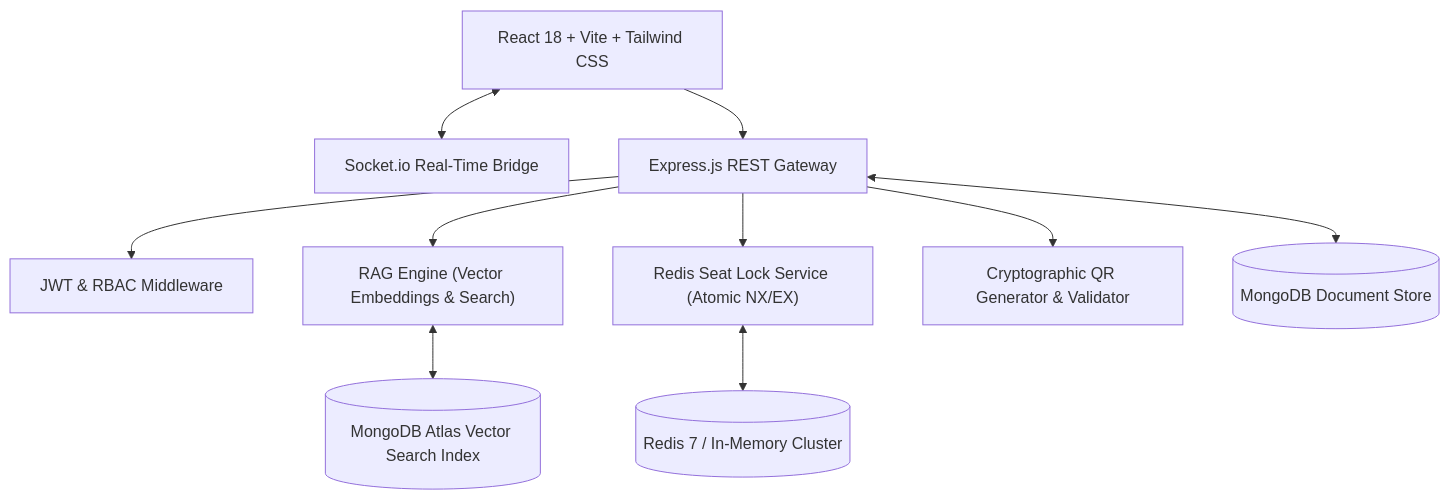
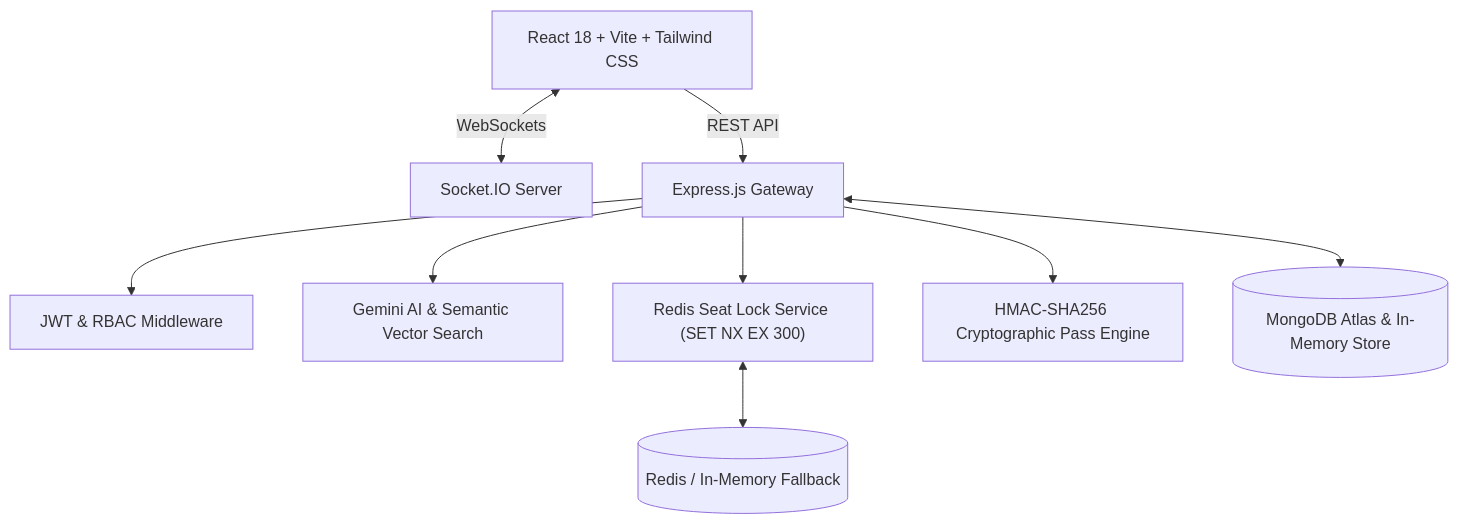
One commit to vishwambhar-kinage/venuro changed the diagram in README.md. Above: the diagram before and after it, drawn with Mermaid. The commit also changed other lines of this file, not shown here.

Commit message:
docs: improve README with system architecture and API documentation

````diff
--- a/README.md
+++ b/README.md
@@ -46,14 +39,13 @@
 ```mermaid
-graph TD
-    Client["React 18 + Vite + Tailwind CSS"] <--> Socket["Socket.io Real-Time Bridge"]
-    Client --> API["Express.js REST Gateway"]
+flowchart TD
+    Client["React 18 + Vite + Tailwind CSS"] <-->|WebSockets| Socket["Socket.IO Server"]
+    Client -->|REST API| API["Express.js Gateway"]
     
     API --> Auth["JWT & RBAC Middleware"]
-    API --> RAG["RAG Engine (Vector Embeddings & Search)"]
-    API --> LockService["Redis Seat Lock Service (Atomic NX/EX)"]
-    API --> QRService["Cryptographic QR Generator & Validator"]
+    API --> RAG["Gemini AI & Semantic Vector Search"]
+    API --> LockService["Redis Seat Lock Service (SET NX EX 300)"]
+    API --> QRService["HMAC-SHA256 Cryptographic Pass Engine"]
     
-    LockService <--> Redis[(Redis 7 / In-Memory Cluster)]
-    RAG <--> VectorDB[(MongoDB Atlas Vector Search Index)]
-    API <--> MongoDB[(MongoDB Document Store)]
+    LockService <--> Redis[(Redis / In-Memory Fallback)]
+    API <--> MongoDB[(MongoDB Atlas & In-Memory Store)]
 ```
````
